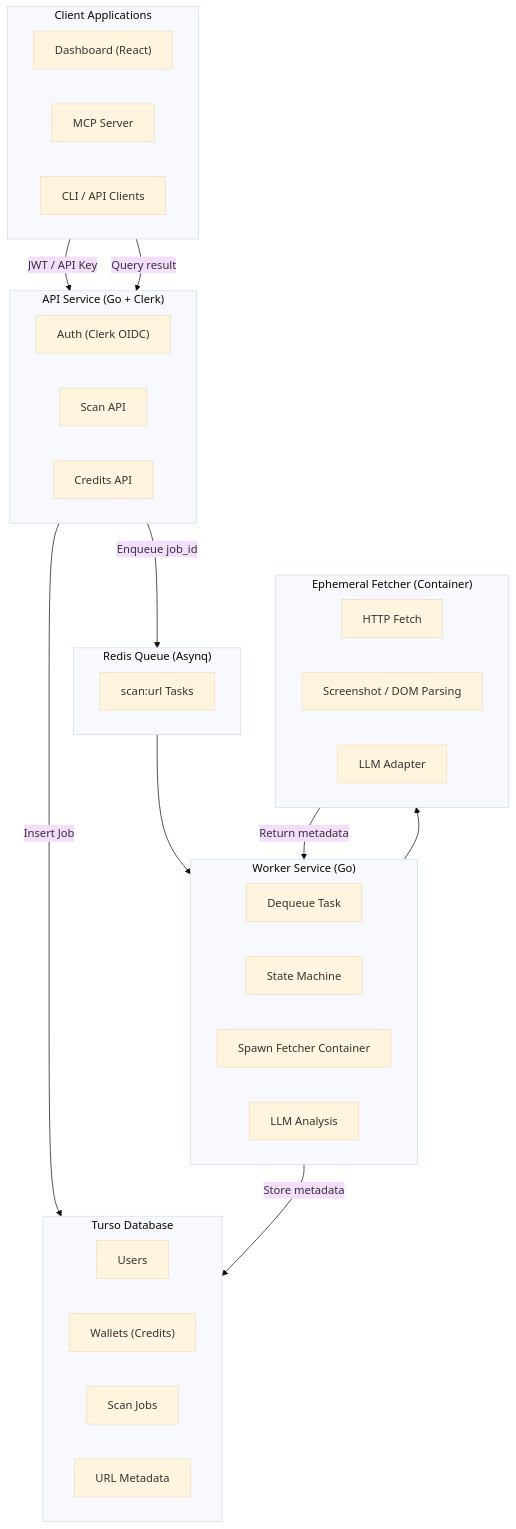
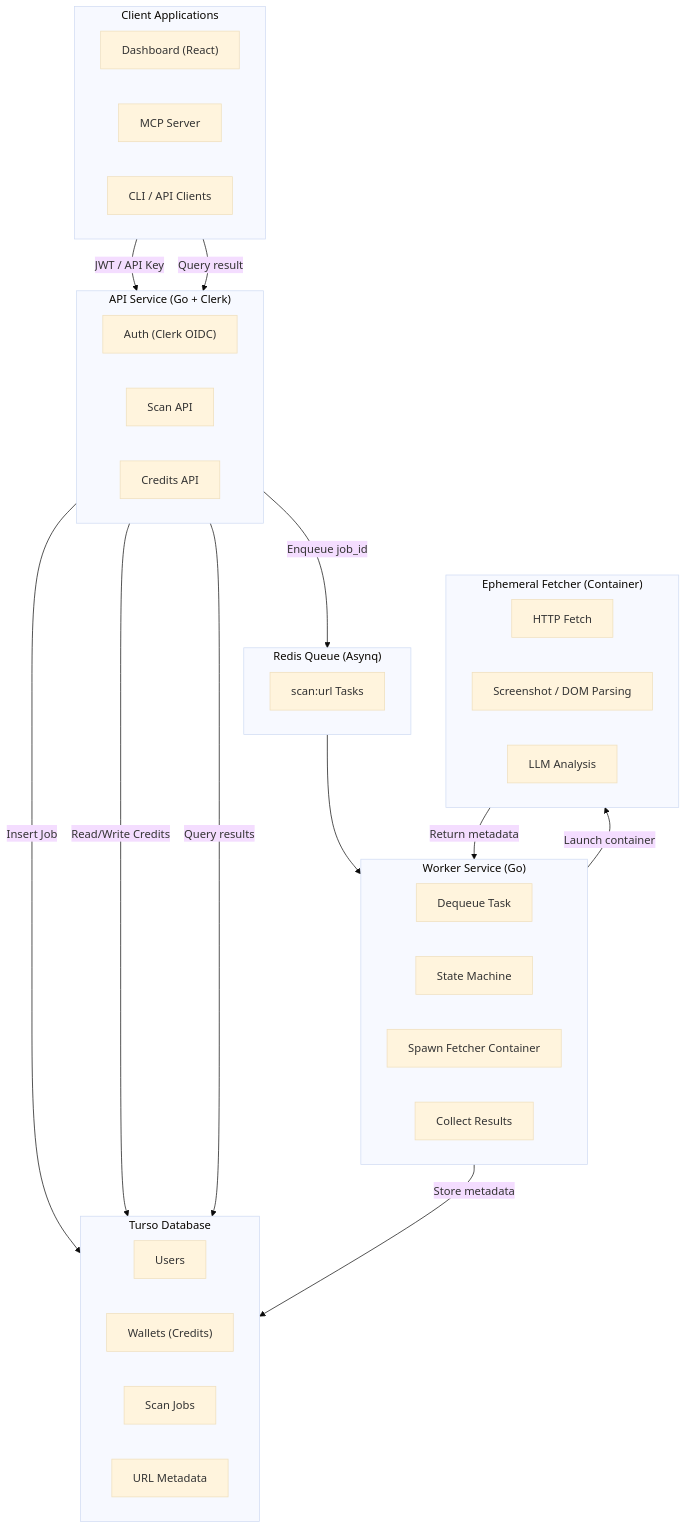
One commit to safeurlai/safeurl changed the first of 3 diagrams in README.md. Above: the diagram before and after it, drawn with Mermaid (base theme). The commit also changed other lines of this file, not shown here.

Commit message:
chore: cleanup diagram

````diff
--- a/README.md
+++ b/README.md
@@ -35,47 +35,49 @@
 ```mermaid
 flowchart TD
     subgraph CLIENT["Client Applications"]
         A1["Dashboard (React)"]
         A2["MCP Server"]
         A3["CLI / API Clients"]
     end
 
     subgraph API["API Service (Go + Clerk)"]
         B1["Auth (Clerk OIDC)"]
         B2["Scan API"]
         B3["Credits API"]
     end
 
     subgraph DB["Turso Database"]
         C1["Users"]
         C2["Wallets (Credits)"]
         C3["Scan Jobs"]
         C4["URL Metadata"]
     end
 
     subgraph QUEUE["Redis Queue (Asynq)"]
         D1["scan:url Tasks"]
     end
 
     subgraph WORKER["Worker Service (Go)"]
         E1["Dequeue Task"]
         E2["State Machine"]
         E3["Spawn Fetcher Container"]
-        E4["LLM Analysis"]
+        E4["Collect Results"]
     end
 
     subgraph FETCHER["Ephemeral Fetcher (Container)"]
         F1["HTTP Fetch"]
         F2["Screenshot / DOM Parsing"]
-        F3["LLM Adapter"]
+        F3["LLM Analysis"]
     end
 
     CLIENT -->|JWT / API Key| API
     API -->|Insert Job| DB
+    API -->|Read/Write Credits| DB
     API -->|Enqueue job_id| QUEUE
+    API -->|Query results| DB
     QUEUE --> WORKER
-    WORKER --> FETCHER
+    WORKER -->|Launch container| FETCHER
     FETCHER -->|Return metadata| WORKER
     WORKER -->|Store metadata| DB
     CLIENT -->|Query result| API
 ```
````
